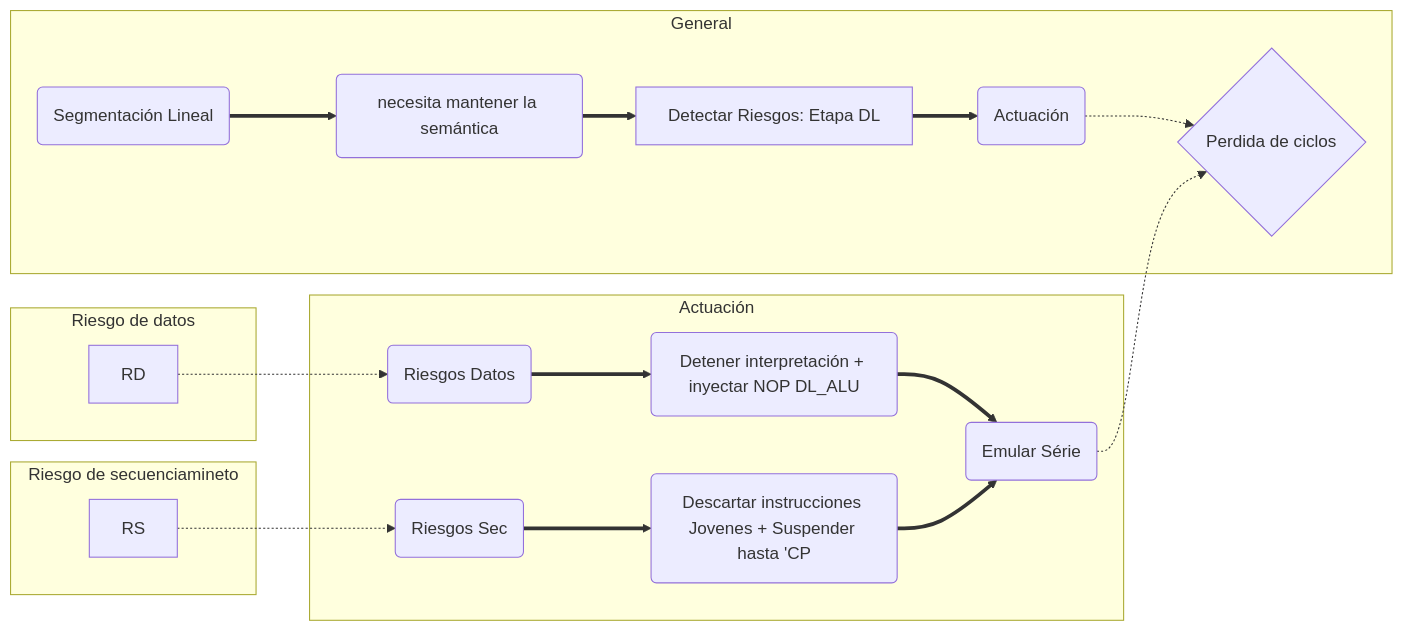
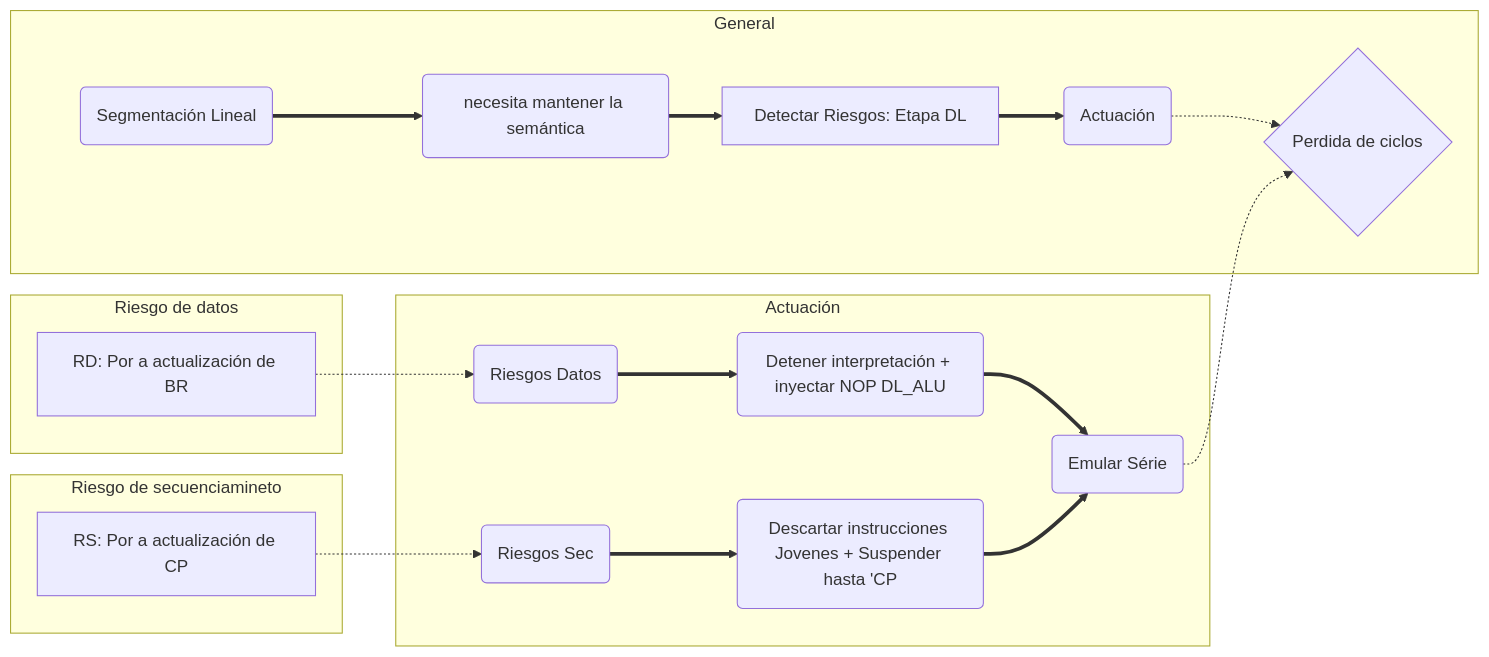
Before and after one commit to MisterBigThor/FIB_Q8: the first of 2 diagrams in AC2/TEO/Tema 3 AC2.md, drawn with Mermaid. The commit also changed other lines of this file and 2 other files, not shown here.

````diff
--- a/AC2/TEO/Tema 3 AC2.md
+++ b/AC2/TEO/Tema 3 AC2.md
@@ -131,22 +131,22 @@
 ```mermaid
 graph LR;
 D{Perdida de ciclos}
 subgraph General
 A(Segmentación Lineal)==> B(necesita mantener la semántica) ==> C[Detectar Riesgos: Etapa DL]
 C==>X(Actuación)-.->D
 end
 
 subgraph Actuación
 H(Riesgos Datos) ==> J(Detener interpretación + inyectar NOP DL_ALU)
 I(Riesgos Sec) ==> O(Descartar instrucciones Jovenes + Suspender hasta 'CP)
 J==>e(Emular Série) -.-> D
 O==>e
 end
 
 subgraph Riesgo de datos
-l[RD]-.->H
+l[RD: Por a actualización de BR]-.->H
 end
 subgraph Riesgo de secuenciamineto
-U[RS] -.->I
+U[RS: Por a actualización de CP] -.->I
 end
 ```
````
